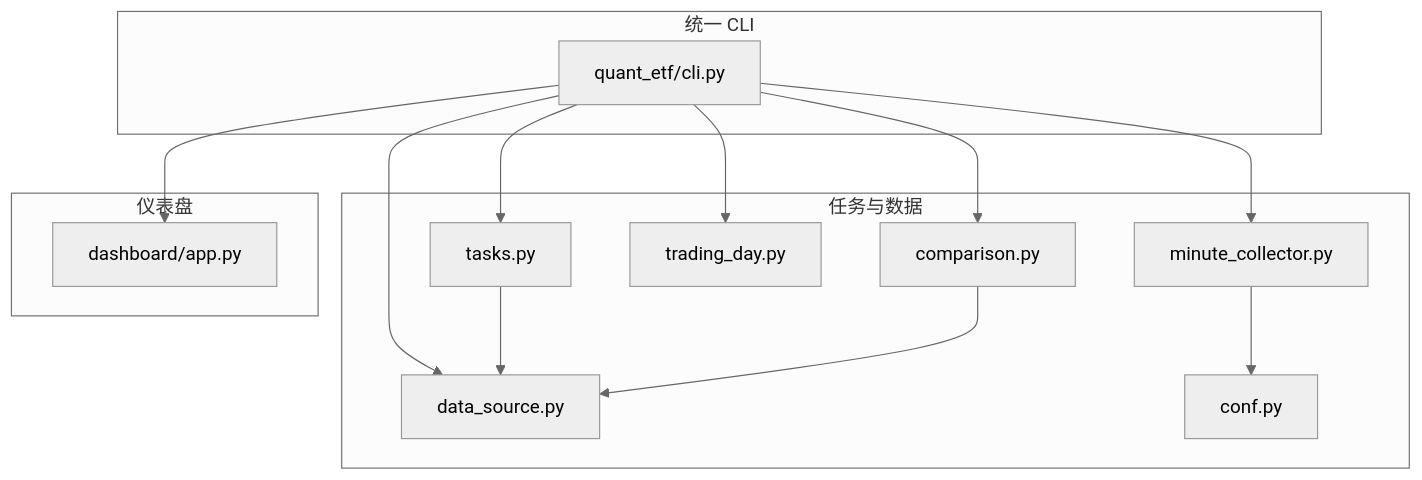
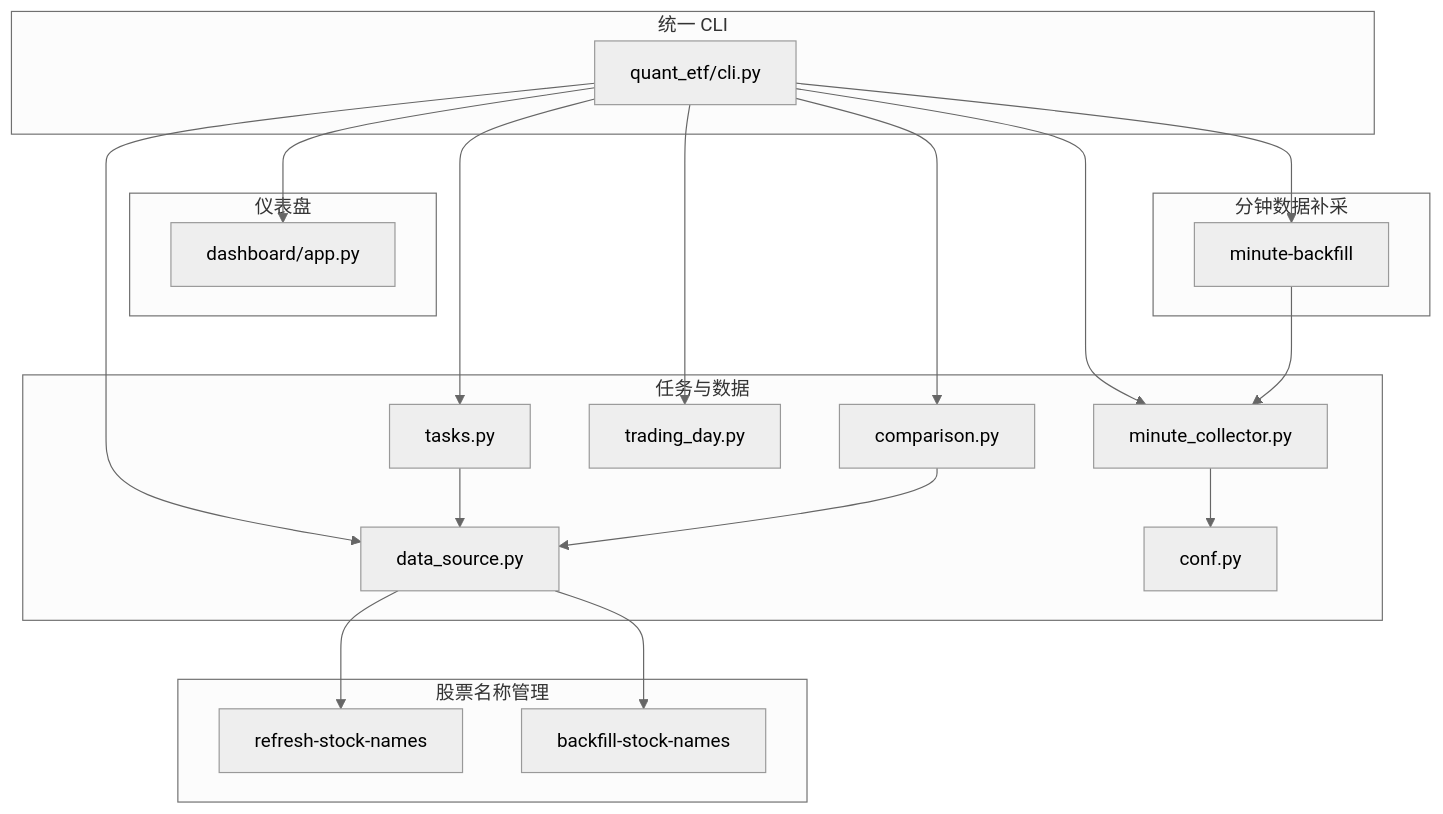
Before and after one commit to ldeng76/quant-ETF: the third of 4 diagrams in .qoder/repowiki/zh/content/CLI命令参考/CLI命令参考.md, drawn with Mermaid (neutral theme). The commit also changed other lines of this file and 18 other files, not shown here.

````diff
--- a/.qoder/repowiki/zh/content/CLI命令参考/CLI命令参考.md
+++ b/.qoder/repowiki/zh/content/CLI命令参考/CLI命令参考.md
@@ -373,26 +437,37 @@
 ```mermaid
 graph TB
 subgraph "统一 CLI"
 CLI["quant_etf/cli.py"]
 end
 subgraph "任务与数据"
 Tasks["tasks.py"]
 Compare["comparison.py"]
 Trading["trading_day.py"]
 Minute["minute_collector.py"]
 DS["data_source.py"]
 Conf["conf.py"]
 end
 subgraph "仪表盘"
 DashApp["dashboard/app.py"]
 end
+subgraph "股票名称管理"
+NameRefresh["refresh-stock-names"]
+NameBackfill["backfill-stock-names"]
+end
+subgraph "分钟数据补采"
+MinBackfill["minute-backfill"]
+end
 CLI --> Tasks
 CLI --> Compare
 CLI --> Trading
 CLI --> Minute
 CLI --> DS
 CLI --> DashApp
+CLI --> MinBackfill
 Tasks --> DS
 Compare --> DS
 Minute --> Conf
+MinBackfill --> Minute
+DS --> NameRefresh
+DS --> NameBackfill
 ```
````
